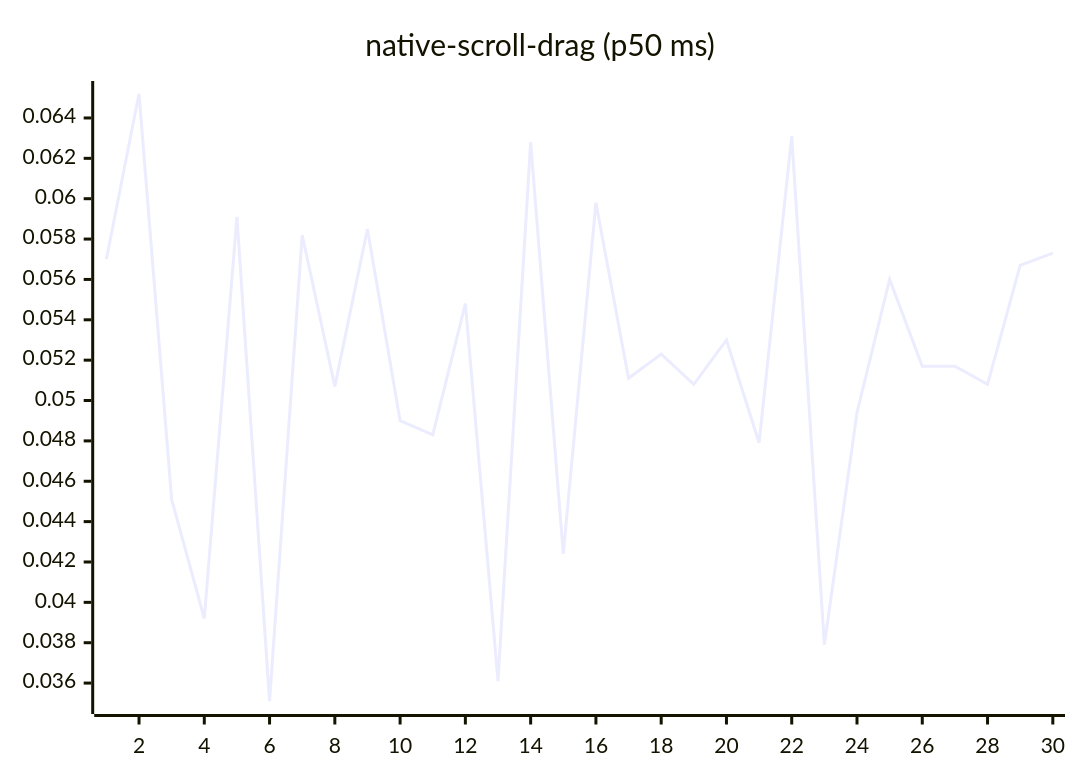
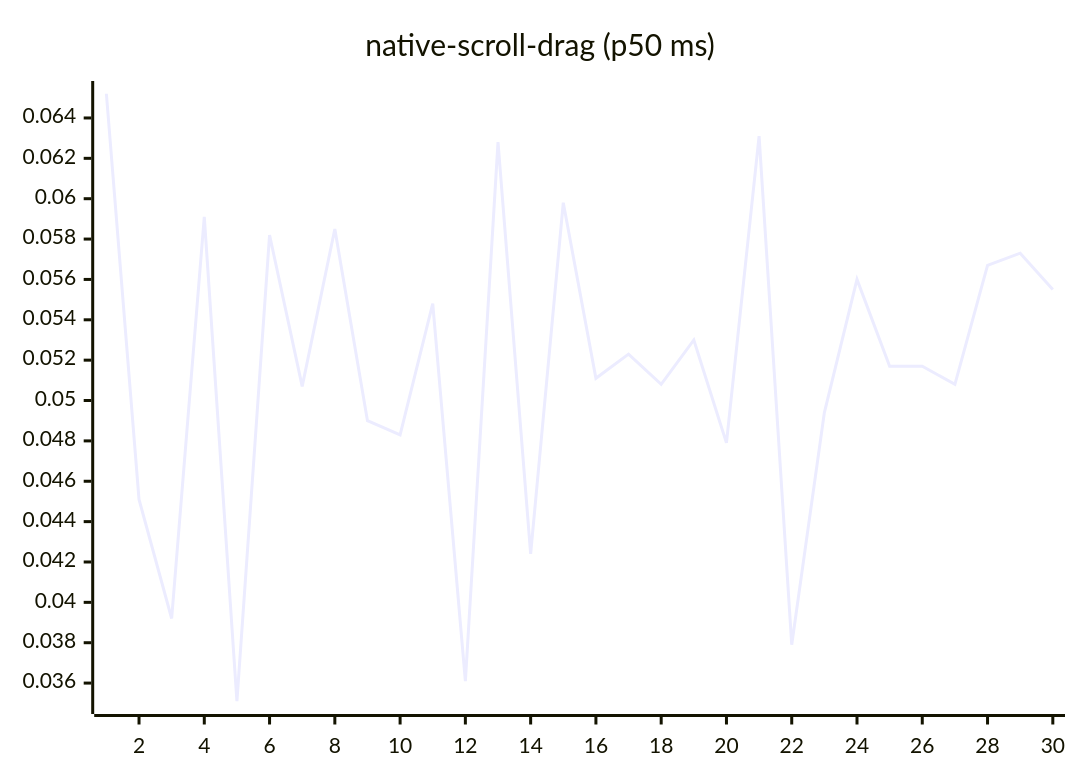
Diagram 14 of 27 in README.md (josha/Facet), drawn with Mermaid before and after one commit. The commit also changed other lines of this file and 2 other files, not shown here.

````diff
--- a/README.md
+++ b/README.md
@@ -154,6 +154,6 @@
 ```mermaid
 xychart-beta
     title "native-scroll-drag (p50 ms)"
     x-axis 1 --> 30
-    line [0.0570, 0.0652, 0.0451, 0.0392, 0.0591, 0.0351, 0.0582, 0.0507, 0.0585, 0.0490, 0.0483, 0.0548, 0.0361, 0.0628, 0.0424, 0.0598, 0.0511, 0.0523, 0.0508, 0.0530, 0.0479, 0.0631, 0.0379, 0.0494, 0.0560, 0.0517, 0.0517, 0.0508, 0.0567, 0.0573]
+    line [0.0652, 0.0451, 0.0392, 0.0591, 0.0351, 0.0582, 0.0507, 0.0585, 0.0490, 0.0483, 0.0548, 0.0361, 0.0628, 0.0424, 0.0598, 0.0511, 0.0523, 0.0508, 0.0530, 0.0479, 0.0631, 0.0379, 0.0494, 0.0560, 0.0517, 0.0517, 0.0508, 0.0567, 0.0573, 0.0555]
 ```
````
